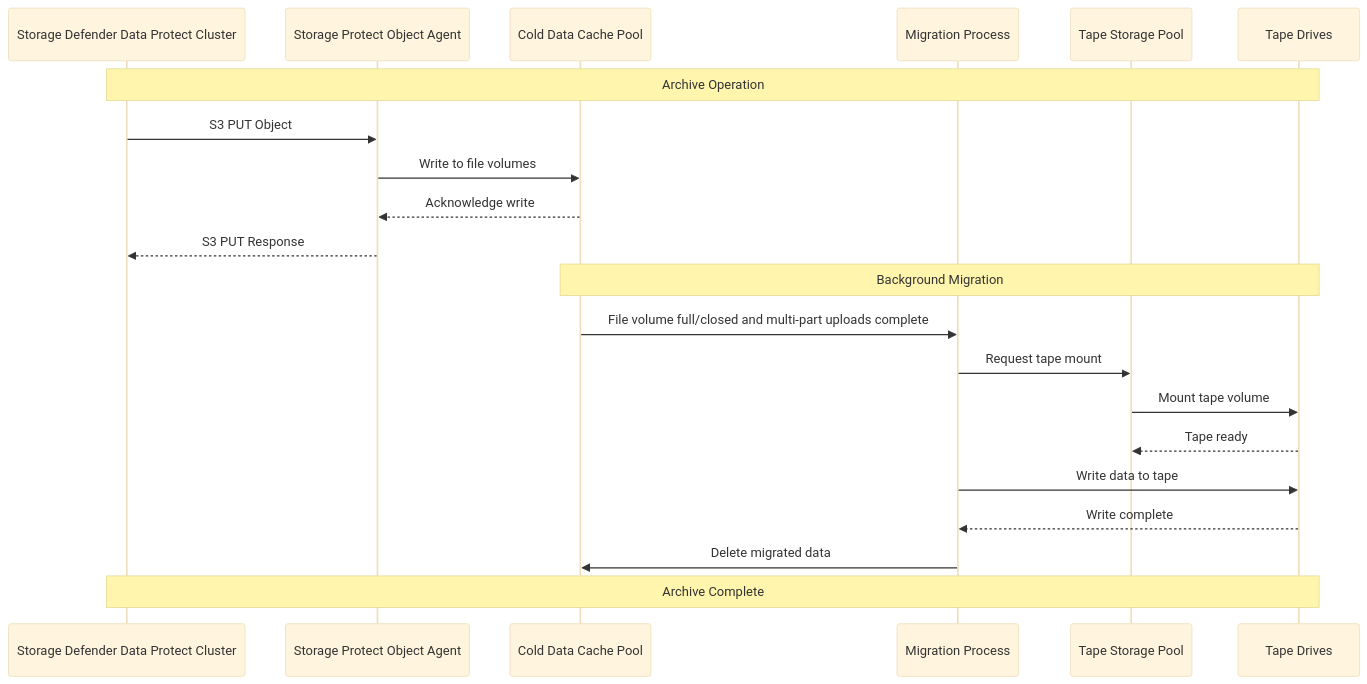
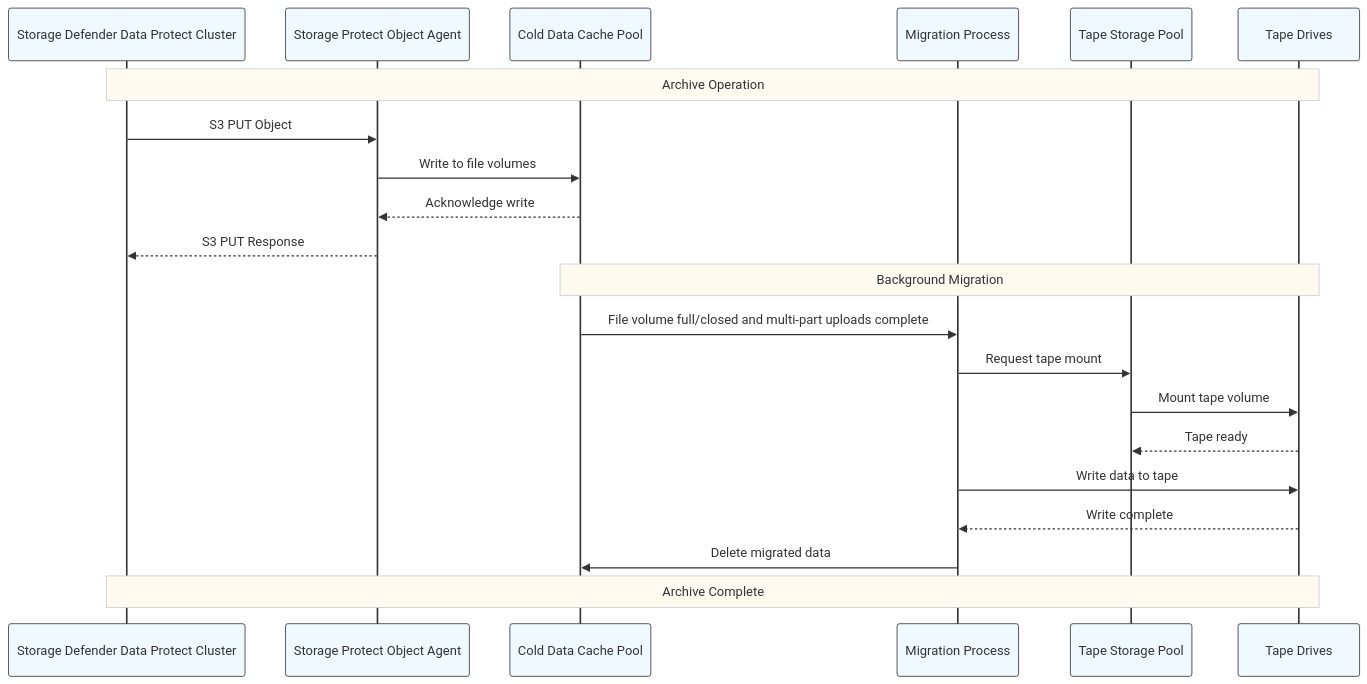
Before and after one commit to TarSemaj/storage-protect-galaxy: the sixth of 17 diagrams in blueprint/integrations/data-protect/defender-data-protect-with-storage-protect-tape-integration.md, drawn with Mermaid. The commit also changed other lines of this file, not shown here.

Commit message:
Diagram formatting changes

````diff
--- a/blueprint/integrations/data-protect/defender-data-protect-with-storage-protect-tape-integration.md
+++ b/blueprint/integrations/data-protect/defender-data-protect-with-storage-protect-tape-integration.md
@@ -479,27 +483,27 @@
 ```mermaid
-%%{init: {'theme':'base', 'themeVariables': {'fontSize':'13px', 'fontFamily':'arial', 'background':'white', 'primaryBackground':'white', 'nodeBorder':'#333333', 'edgeLabelBackground':'white'}}}%%
+%%{init: {'theme':'base', 'themeVariables': {'fontSize':'13px', 'fontFamily':'arial', 'background':'white', 'primaryBackground':'white', 'mainBkg':'white', 'nodeBorder':'#333333', 'edgeLabelBackground':'white', 'primaryTextColor':'#333333', 'lineColor':'#333333', 'actorBkg':'#f0f9ff', 'actorBorder':'#333333', 'actorTextColor':'#333333', 'actorLineColor':'#333333', 'noteBkgColor':'#fffaf0', 'noteBorderColor':'#cccccc', 'signalColor':'#333333', 'signalTextColor':'#333333'}}}%%
 sequenceDiagram
     participant DP as Storage Defender Data Protect Cluster
     participant OA as Storage Protect Object Agent
     participant CC as Cold Data Cache Pool
     participant MP as Migration Process
     participant TP as Tape Storage Pool
     participant TD as Tape Drives
     
     Note over DP,TD: Archive Operation
     DP->>OA: S3 PUT Object
     OA->>CC: Write to file volumes
     CC-->>OA: Acknowledge write
     OA-->>DP: S3 PUT Response
     
     Note over CC,TD: Background Migration
     CC->>MP: File volume full/closed and multi-part uploads complete
     MP->>TP: Request tape mount
     TP->>TD: Mount tape volume
     TD-->>TP: Tape ready
     MP->>TD: Write data to tape
     TD-->>MP: Write complete
     MP->>CC: Delete migrated data
     
     Note over DP,TD: Archive Complete
 ```
````
